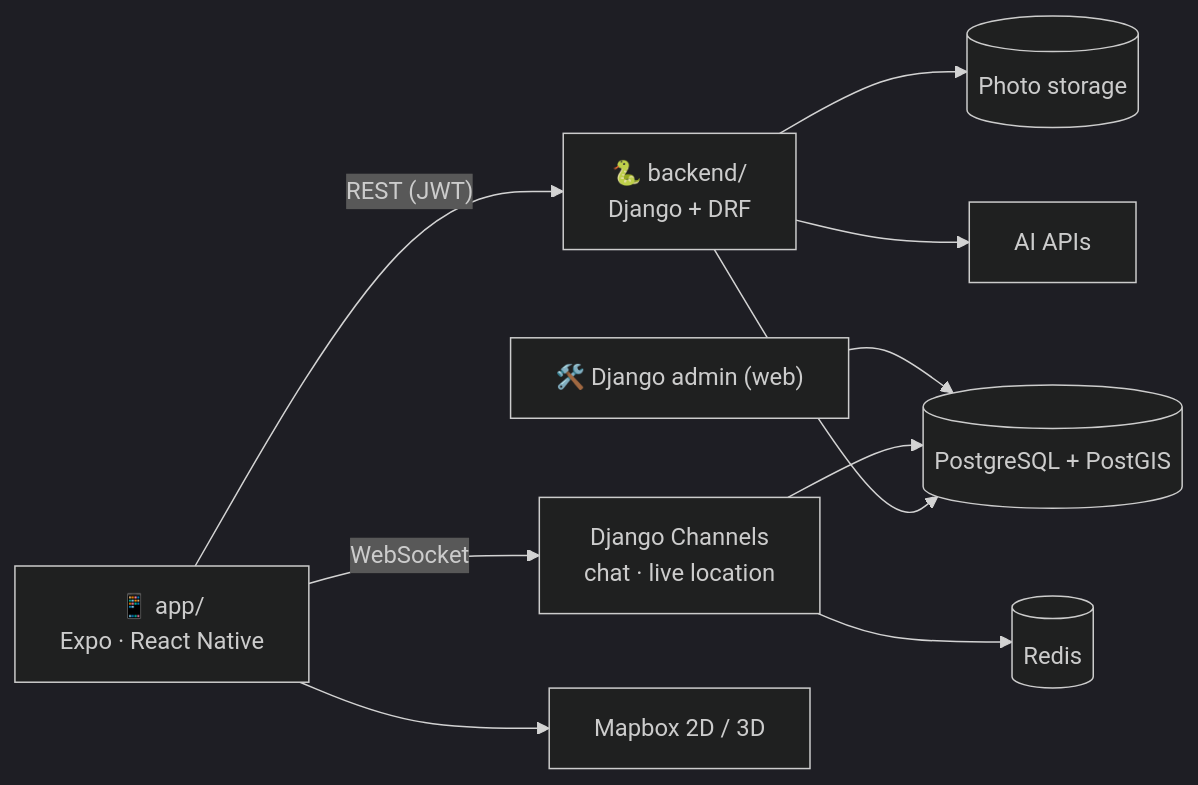
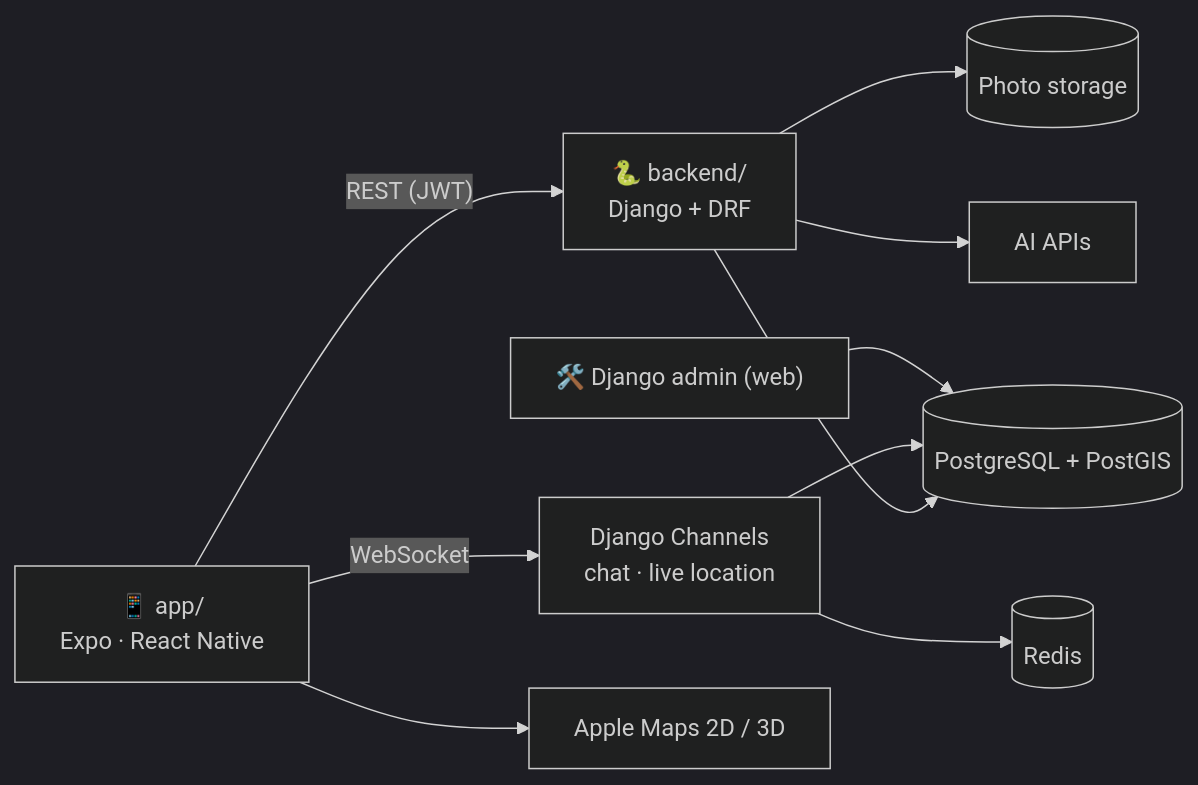
One commit to rinorze/menaxhimi-projekteve-commitcrew changed the diagram in docs/PLAN.md. Above: the diagram before and after it, drawn with Mermaid (dark theme). The commit also changed other lines of this file and 4 other files, not shown here.

Commit message:
docs: Apple Maps, Docker and the current team split in README, PLAN and MVP; Python indent 4; PR checklist

````diff
--- a/docs/PLAN.md
+++ b/docs/PLAN.md
@@ -132,12 +132,12 @@
 ```mermaid
 flowchart LR
   App["📱 app/<br/>Expo · React Native"] -- REST (JWT) --> API["🐍 backend/<br/>Django + DRF"]
   App -- WebSocket --> WS["Django Channels<br/>chat · live location"]
   API --> DB[("PostgreSQL + PostGIS")]
   WS --> R[(Redis)]
   WS --> DB
   API --> S[(Photo storage)]
   API --> AI["AI APIs"]
   Admin["🛠️ Django admin (web)"] --> DB
-  App --> MB["Mapbox 2D / 3D"]
+  App --> MB["Apple Maps 2D / 3D"]
 ```
````
